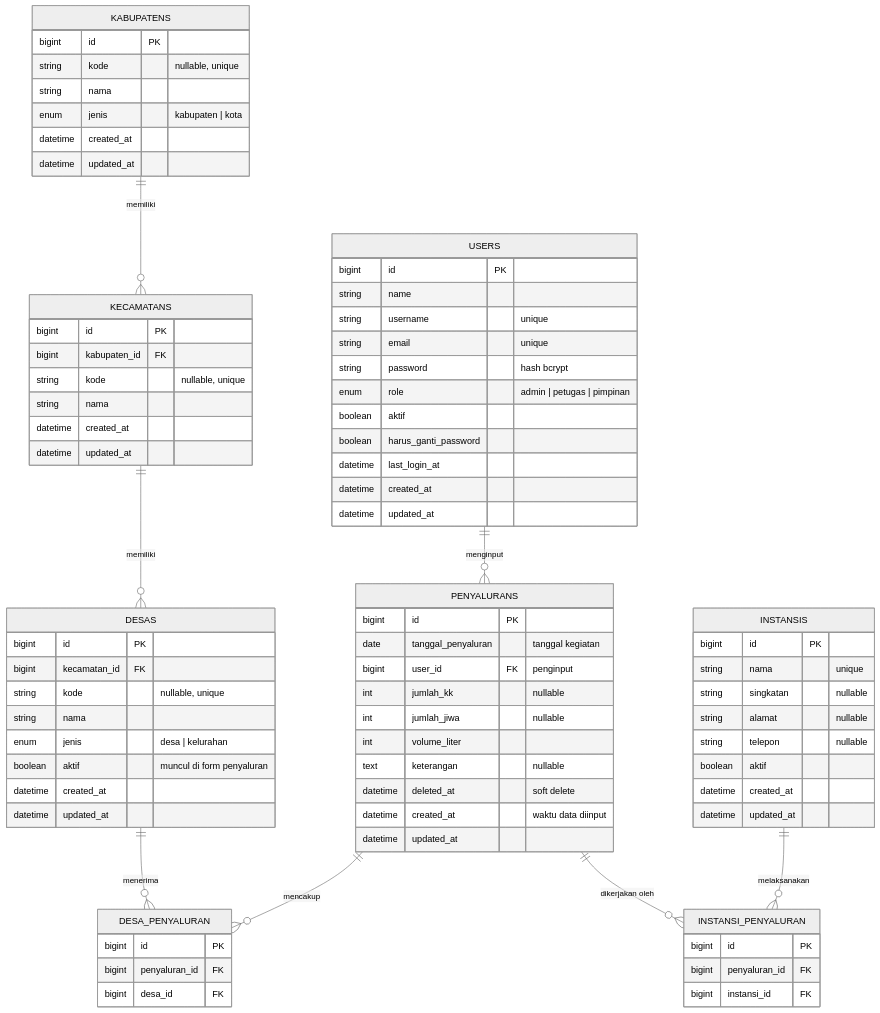
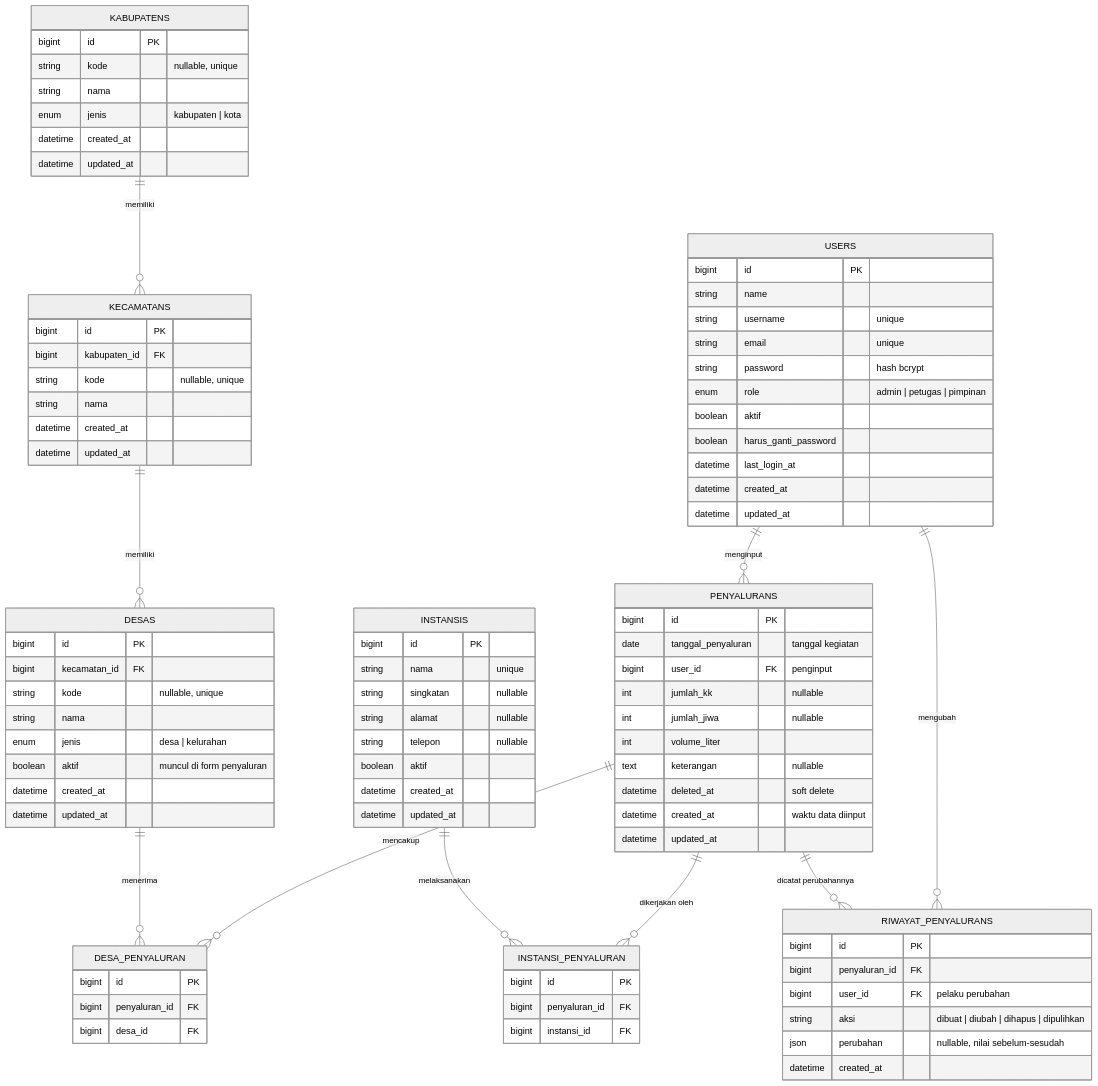
Before and after one commit to ajilandung/sicatat-bpbd-gorontalo: the diagram in docs/database-schema.md, drawn with Mermaid (neutral theme). The commit also changed other lines of this file and 21 other files, not shown here.

First line of the commit message:
Implement modul penyaluran, riwayat perubahan, dan data terhapus

````diff
--- a/docs/database-schema.md
+++ b/docs/database-schema.md
@@ -69,6 +69,8 @@
     INSTANSIS   ||--o{ INSTANSI_PENYALURAN : "melaksanakan"
     PENYALURANS ||--o{ INSTANSI_PENYALURAN : "dikerjakan oleh"
     USERS       ||--o{ PENYALURANS         : "menginput"
+    PENYALURANS ||--o{ RIWAYAT_PENYALURANS : "dicatat perubahannya"
+    USERS       ||--o{ RIWAYAT_PENYALURANS : "mengubah"
 
     KABUPATENS {
         bigint   id PK
@@ -148,4 +150,13 @@
         bigint penyaluran_id FK
         bigint instansi_id FK
     }
+
+    RIWAYAT_PENYALURANS {
+        bigint   id PK
+        bigint   penyaluran_id FK
+        bigint   user_id FK   "pelaku perubahan"
+        string   aksi         "dibuat | diubah | dihapus | dipulihkan"
+        json     perubahan    "nullable, nilai sebelum-sesudah"
+        datetime created_at
+    }
 ```
````
